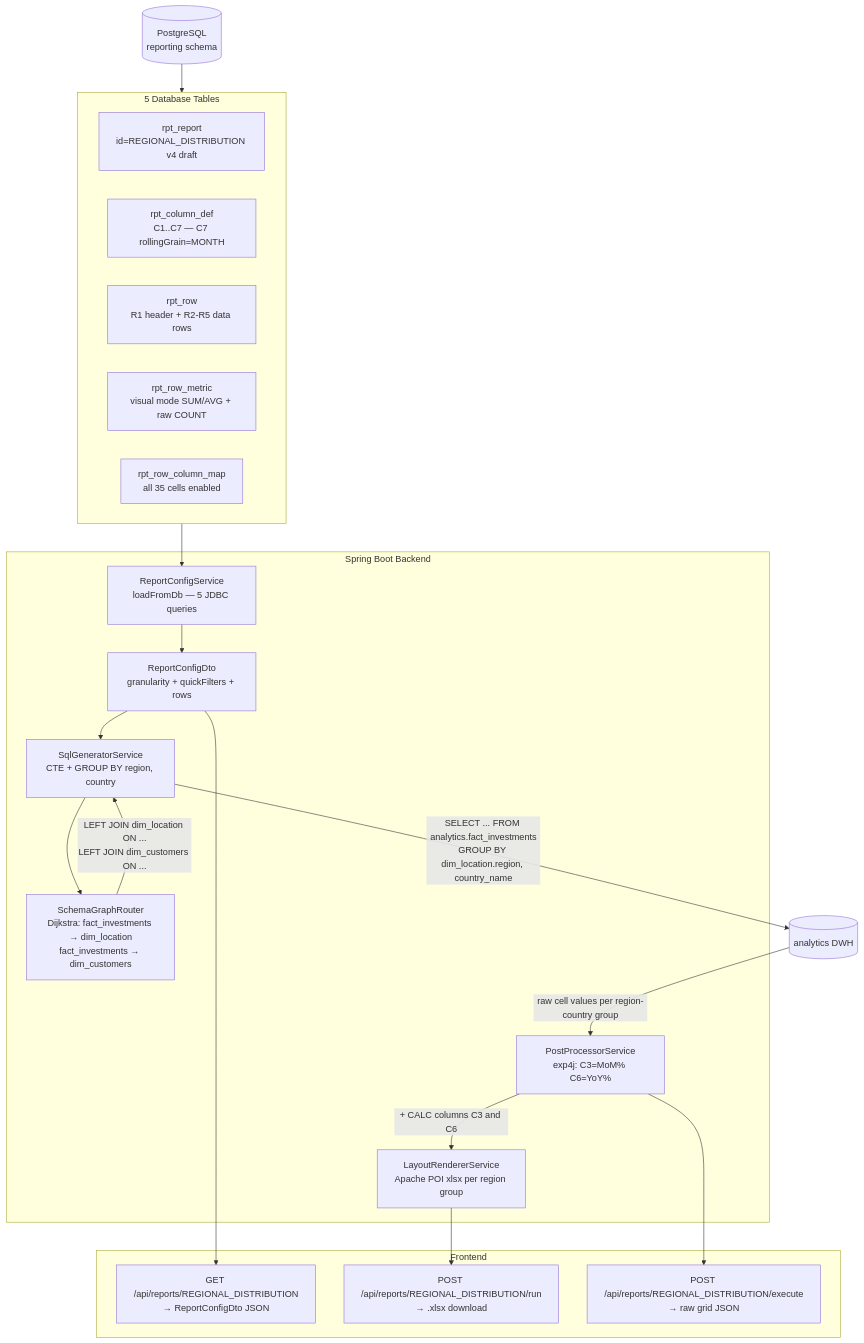
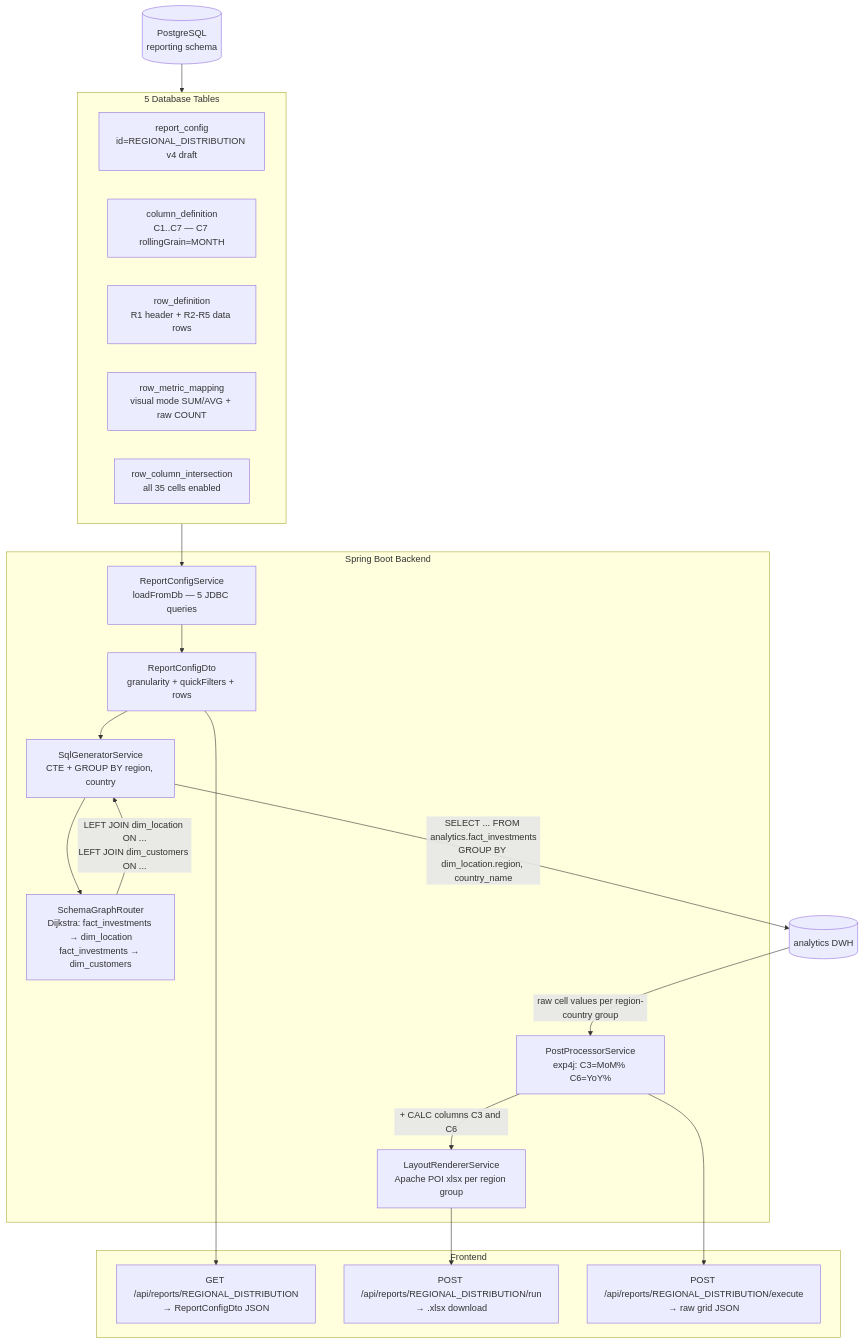
The diagram in docs/regional_distribution_full_walkthrough.md (rpg2go/reportingengine_backend), drawn with Mermaid before and after one commit. The commit also changed 46 other files, not shown here.

Commit message:
refactor: restructure database schema by migrating to new reporting and catalog namespaces and updating application code references

````diff
--- a/docs/regional_distribution_full_walkthrough.md
+++ b/docs/regional_distribution_full_walkthrough.md
@@ -233,42 +233,42 @@
 ```mermaid
 flowchart TD
     DB[(PostgreSQL<br/>reporting schema)]
 
     subgraph DB_TABLES["5 Database Tables"]
-        T1[rpt_report<br/>id=REGIONAL_DISTRIBUTION v4 draft]
-        T2[rpt_column_def<br/>C1..C7 — C7 rollingGrain=MONTH]
-        T3[rpt_row<br/>R1 header + R2-R5 data rows]
-        T4[rpt_row_metric<br/>visual mode SUM/AVG + raw COUNT]
-        T5[rpt_row_column_map<br/>all 35 cells enabled]
+        T1[report_config<br/>id=REGIONAL_DISTRIBUTION v4 draft]
+        T2[column_definition<br/>C1..C7 — C7 rollingGrain=MONTH]
+        T3[row_definition<br/>R1 header + R2-R5 data rows]
+        T4[row_metric_mapping<br/>visual mode SUM/AVG + raw COUNT]
+        T5[row_column_intersection<br/>all 35 cells enabled]
     end
 
     DB --> DB_TABLES
 
     subgraph BACKEND["Spring Boot Backend"]
         SVC1[ReportConfigService<br/>loadFromDb — 5 JDBC queries]
         DTO[ReportConfigDto<br/>granularity + quickFilters + rows]
         SVC2[SqlGeneratorService<br/>CTE + GROUP BY region, country]
         ROUTER[SchemaGraphRouter<br/>Dijkstra: fact_investments → dim_location<br/>fact_investments → dim_customers]
         SVC3[PostProcessorService<br/>exp4j: C3=MoM% C6=YoY%]
         SVC4[LayoutRendererService<br/>Apache POI xlsx per region group]
     end
 
     DB_TABLES --> SVC1
     SVC1 --> DTO
     DTO --> SVC2
     SVC2 --> ROUTER
     ROUTER --> |"LEFT JOIN dim_location ON ...<br/>LEFT JOIN dim_customers ON ..."| SVC2
     SVC2 --> |"SELECT ... FROM analytics.fact_investments<br/>GROUP BY dim_location.region, country_name"| DWH[(analytics DWH)]
     DWH --> |"raw cell values per region-country group"| SVC3
     SVC3 --> |"+ CALC columns C3 and C6"| SVC4
 
     subgraph FRONTEND["Frontend"]
         API1["GET /api/reports/REGIONAL_DISTRIBUTION<br/>→ ReportConfigDto JSON"]
         API2["POST /api/reports/REGIONAL_DISTRIBUTION/run<br/>→ .xlsx download"]
         API3["POST /api/reports/REGIONAL_DISTRIBUTION/execute<br/>→ raw grid JSON"]
     end
 
     DTO --> API1
     SVC4 --> API2
     SVC3 --> API3
 ```
````
